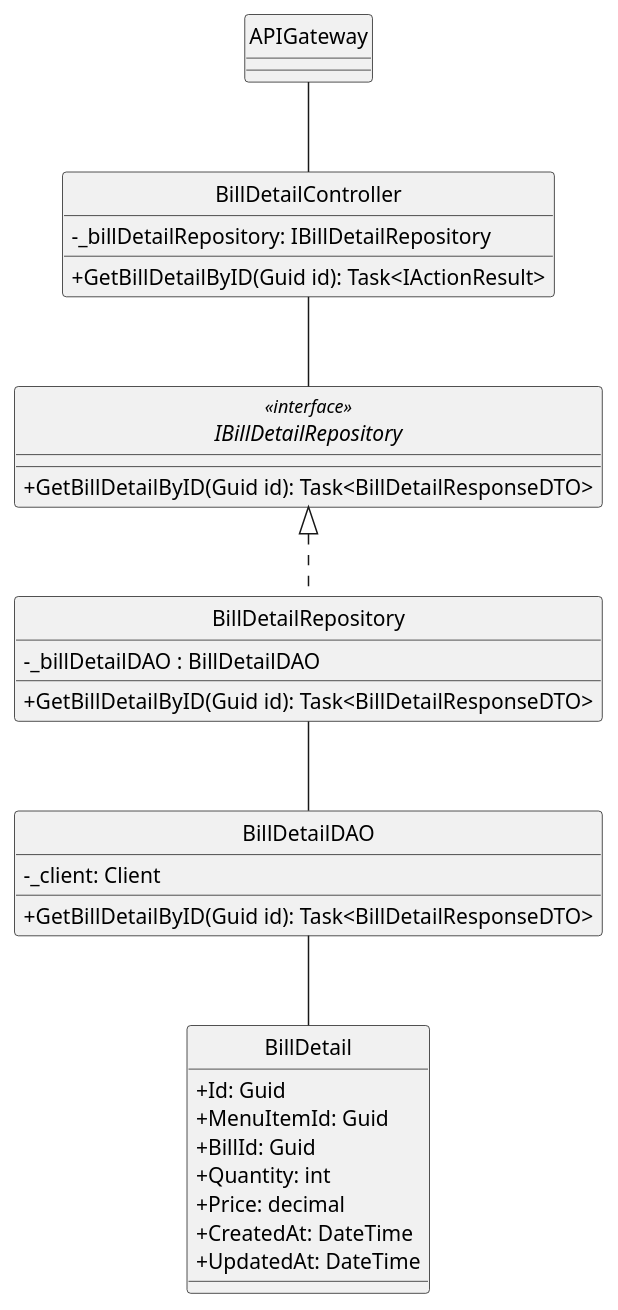
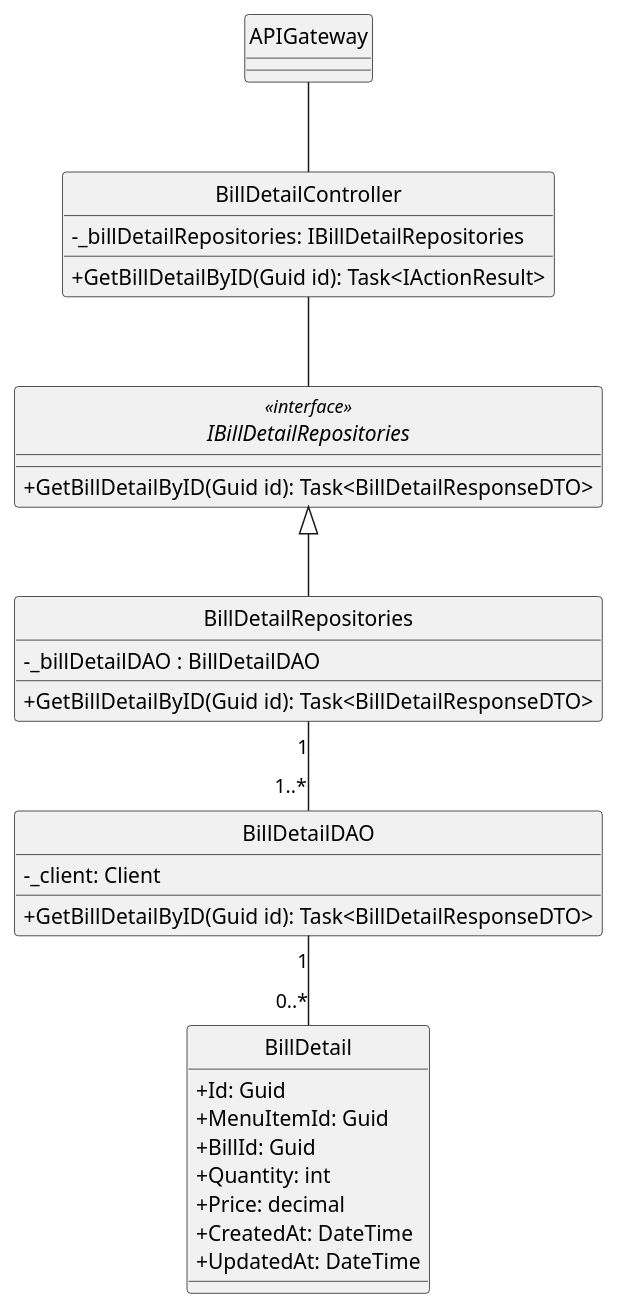
Before and after one commit to minhnhut23/FPT-OBOMS: the diagram in docs/ClassDiagram/BillDetail/GetBillDetailByID.plantuml, drawn with PlantUML. The commit also changed 10 other files, not shown here.

Commit message:
sequence diagram for bill feature

```diff
--- a/docs/ClassDiagram/BillDetail/GetBillDetailByID.plantuml
+++ b/docs/ClassDiagram/BillDetail/GetBillDetailByID.plantuml
@@ -1,44 +1,44 @@
 @startuml
 hide circle
 skinparam classAttributeIconSize 0
 
 class APIGateway {
 }
 
 class BillDetailController {
-    - _billDetailRepository: IBillDetailRepository 
+    - _billDetailRepositories: IBillDetailRepositories
     + GetBillDetailByID(Guid id): Task<IActionResult> 
 }
 
-interface IBillDetailRepository<<interface>>  {
+interface IBillDetailRepositories<<interface>>  {
     + GetBillDetailByID(Guid id): Task<BillDetailResponseDTO> 
 }
 
-class BillDetailRepository {
+class BillDetailRepositories {
     - _billDetailDAO : BillDetailDAO
     + GetBillDetailByID(Guid id): Task<BillDetailResponseDTO> 
 
 }
 
 class BillDetailDAO {
     - _client: Client
     + GetBillDetailByID(Guid id): Task<BillDetailResponseDTO> 
 }
 
 class BillDetail {
     +Id: Guid
     +MenuItemId: Guid
     +BillId: Guid
     +Quantity: int
     +Price: decimal
     +CreatedAt: DateTime
     +UpdatedAt: DateTime
 }
 
 APIGateway -- BillDetailController
-BillDetailController -- IBillDetailRepository
-IBillDetailRepository <|.. BillDetailRepository
-BillDetailRepository -- BillDetailDAO
-BillDetailDAO -- BillDetail
+BillDetailController -- IBillDetailRepositories
+IBillDetailRepositories <|-- BillDetailRepositories
+BillDetailRepositories "1" -- "1..*" BillDetailDAO
+BillDetailDAO "1" -- "0..*" BillDetail
 
 @enduml
```
